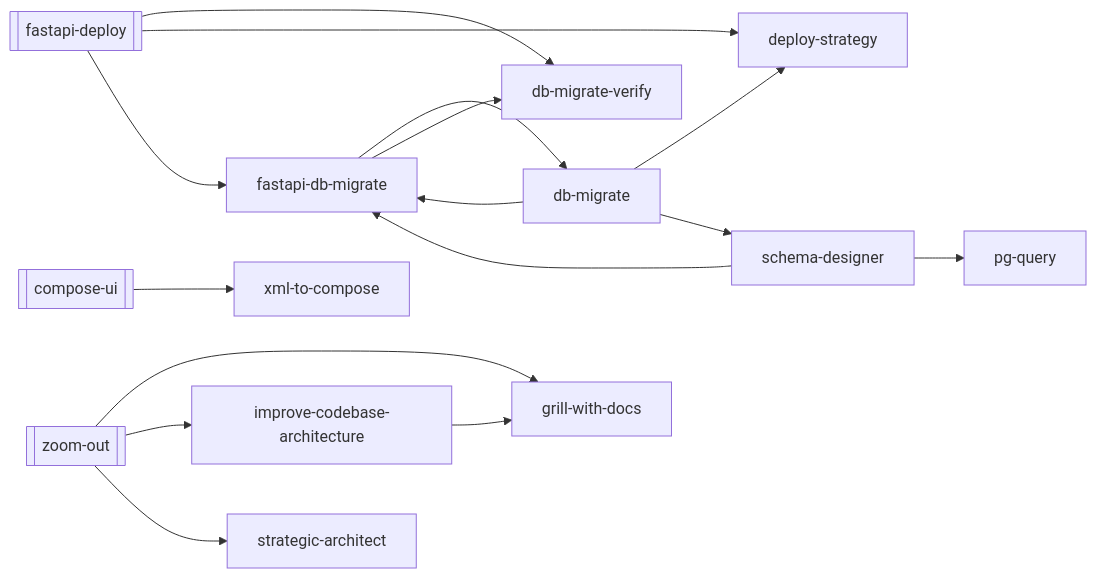
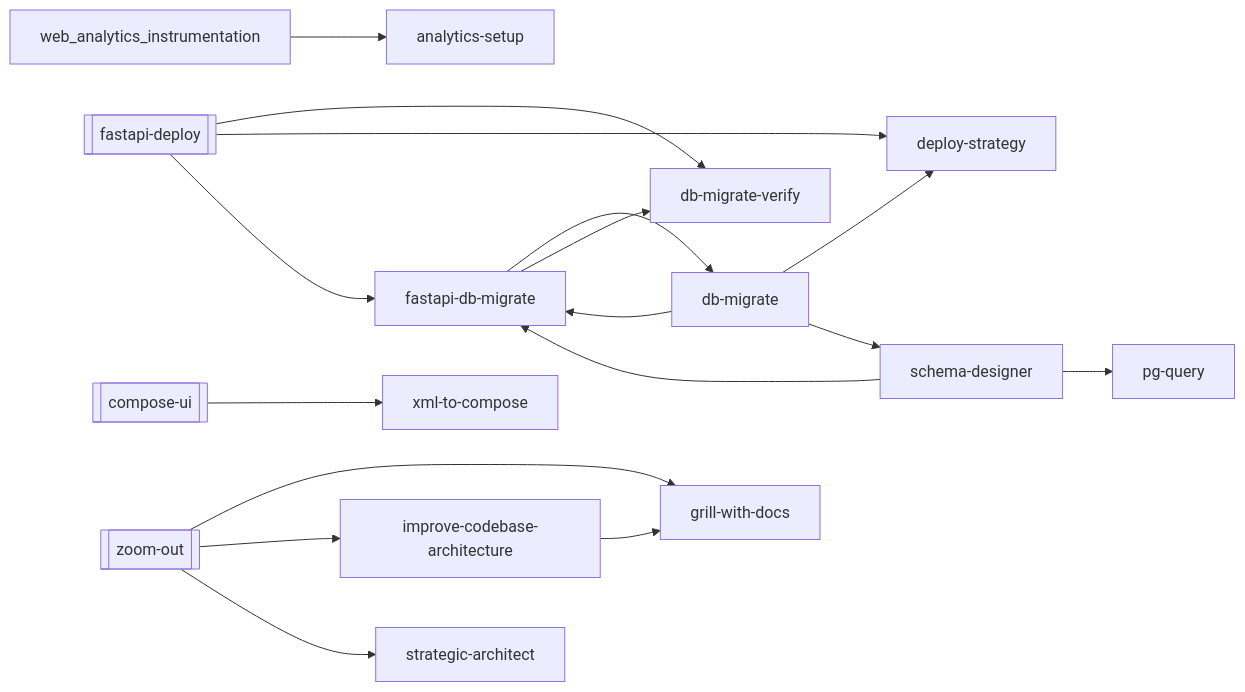
Before and after one commit to abhayla/claude-best-practices: the second of 30 diagrams in docs/workflows/_needs-manual-review.md, drawn with Mermaid. The commit also changed other lines of this file and 32 other files, not shown here.

````diff
--- a/docs/workflows/_needs-manual-review.md
+++ b/docs/workflows/_needs-manual-review.md
@@ -548,31 +99,33 @@
 ```mermaid
 graph LR
     compose_ui[["compose-ui"]]
     fastapi_deploy[["fastapi-deploy"]]
     zoom_out[["zoom-out"]]
+    analytics_setup["analytics-setup"]
     db_migrate["db-migrate"]
     db_migrate_verify["db-migrate-verify"]
     deploy_strategy["deploy-strategy"]
     fastapi_db_migrate["fastapi-db-migrate"]
     grill_with_docs["grill-with-docs"]
     improve_codebase_architecture["improve-codebase-architecture"]
     pg_query["pg-query"]
     schema_designer["schema-designer"]
     strategic_architect["strategic-architect"]
     xml_to_compose["xml-to-compose"]
     compose_ui --> xml_to_compose
     db_migrate --> deploy_strategy
     db_migrate --> fastapi_db_migrate
     db_migrate --> schema_designer
     fastapi_db_migrate --> db_migrate
     fastapi_db_migrate --> db_migrate_verify
     fastapi_deploy --> db_migrate_verify
     fastapi_deploy --> deploy_strategy
     fastapi_deploy --> fastapi_db_migrate
     improve_codebase_architecture --> grill_with_docs
     schema_designer --> fastapi_db_migrate
     schema_designer --> pg_query
     zoom_out --> grill_with_docs
     zoom_out --> improve_codebase_architecture
     zoom_out --> strategic_architect
+    web_analytics_instrumentation --> analytics_setup
 ```
````
